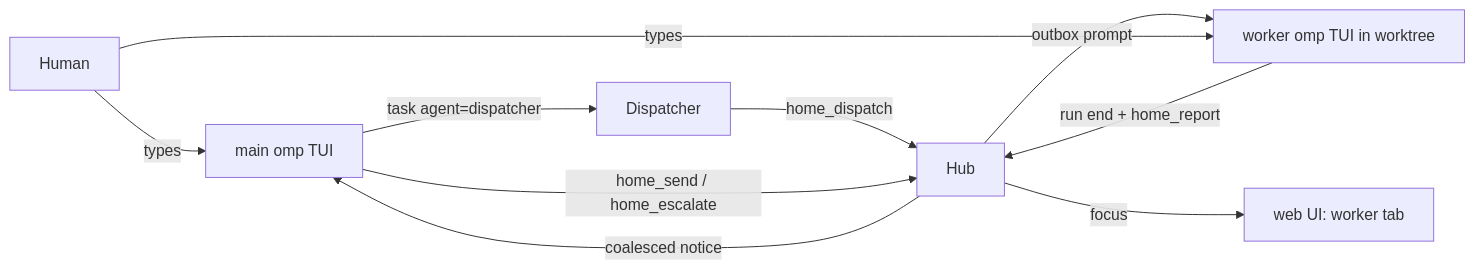
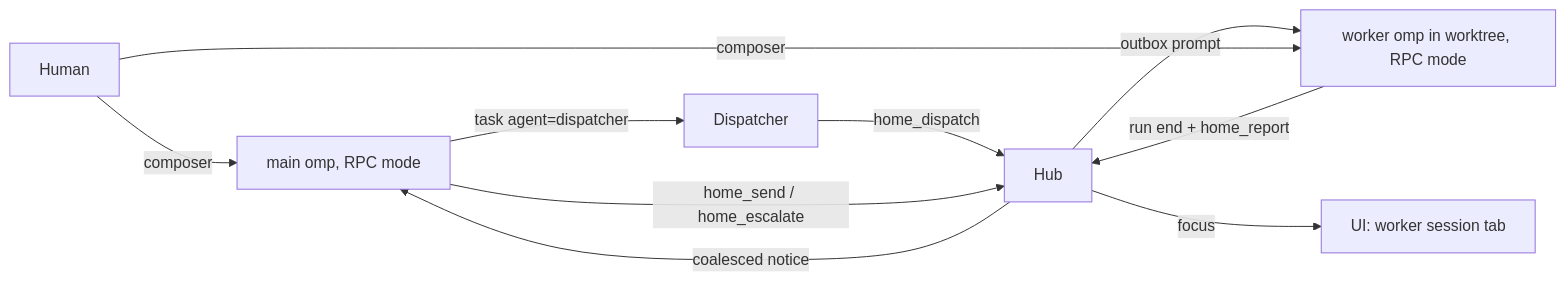
One commit to xianxianxianyu/omp-home changed the diagram in docs/ARCHITECTURE.md. Above: the diagram before and after it, drawn with Mermaid. The commit also changed other lines of this file and 75 other files, not shown here.

Commit message:
omp-home v2: omp in RPC mode, structured session renderer, Tauri macOS app with signed updates

````diff
--- a/docs/ARCHITECTURE.md
+++ b/docs/ARCHITECTURE.md
@@ -5,12 +5,12 @@
 ```mermaid
 flowchart LR
-  Human -->|types| MainPTY[main omp TUI]
-  MainPTY -- task agent=dispatcher --> Dispatcher
+  Human -->|composer| Main[main omp, RPC mode]
+  Main -- task agent=dispatcher --> Dispatcher
   Dispatcher -- home_dispatch --> Hub
-  Hub -- outbox prompt --> WorkerPTY[worker omp TUI in worktree]
-  WorkerPTY -- run end + home_report --> Hub
-  Hub -- coalesced notice --> MainPTY
-  MainPTY -- home_send / home_escalate --> Hub
-  Hub -- focus --> UI[web UI: worker tab]
-  Human -->|types| WorkerPTY
+  Hub -- outbox prompt --> Worker[worker omp in worktree, RPC mode]
+  Worker -- run end + home_report --> Hub
+  Hub -- coalesced notice --> Main
+  Main -- home_send / home_escalate --> Hub
+  Hub -- focus --> UI[UI: worker session tab]
+  Human -->|composer| Worker
 ```
````
